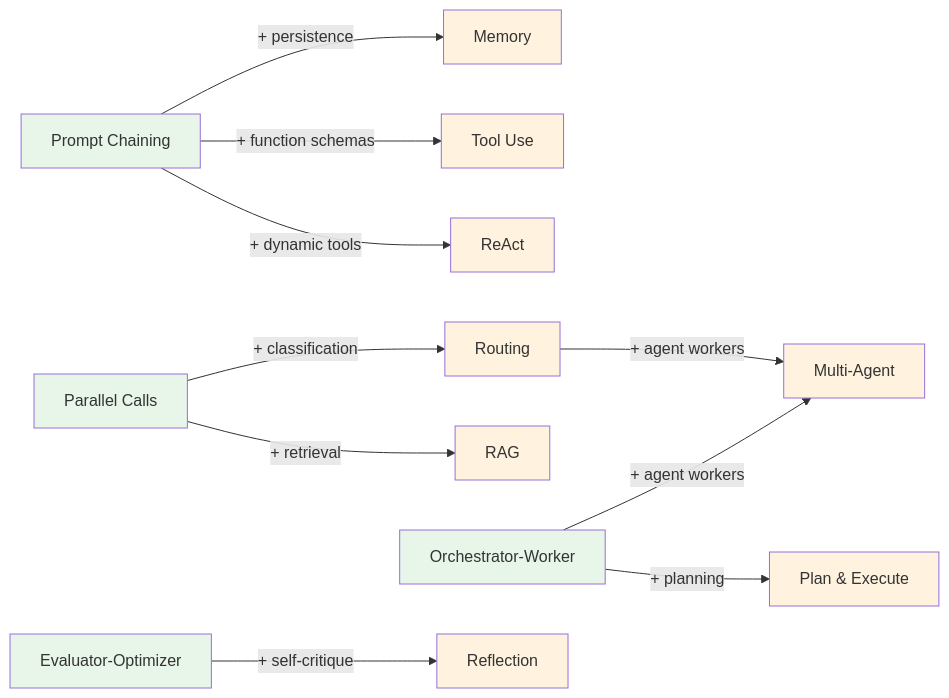
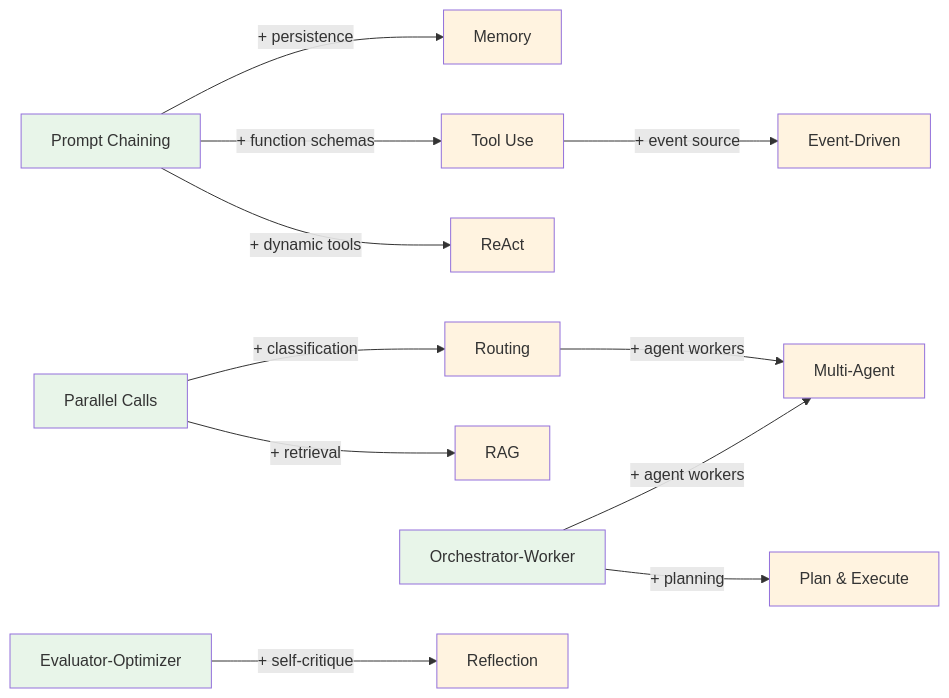
The diagram in README.md (jagguvarma15/agent-blueprints), drawn with Mermaid before and after one commit. The commit also changed other lines of this file, not shown here.

````diff
--- a/README.md
+++ b/README.md
@@ -81,25 +83,27 @@
 ```mermaid
 graph LR
     PC[Prompt Chaining] -->|"+ dynamic tools"| ReAct[ReAct]
     PC -->|"+ function schemas"| TU[Tool Use]
     PC -->|"+ persistence"| Mem[Memory]
     PAR[Parallel Calls] -->|"+ retrieval"| RAG[RAG]
     PAR -->|"+ classification"| Route[Routing]
     OW[Orchestrator-Worker] -->|"+ planning"| PE[Plan & Execute]
     OW -->|"+ agent workers"| MA[Multi-Agent]
     Route -->|"+ agent workers"| MA
     EO[Evaluator-Optimizer] -->|"+ self-critique"| Ref[Reflection]
+    TU -->|"+ event source"| ED[Event-Driven]
 
     style PC fill:#e8f5e9
     style PAR fill:#e8f5e9
     style OW fill:#e8f5e9
     style EO fill:#e8f5e9
     style ReAct fill:#fff3e0
     style TU fill:#fff3e0
     style Mem fill:#fff3e0
     style RAG fill:#fff3e0
     style Route fill:#fff3e0
     style PE fill:#fff3e0
     style MA fill:#fff3e0
     style Ref fill:#fff3e0
+    style ED fill:#fff3e0
 ```
````
